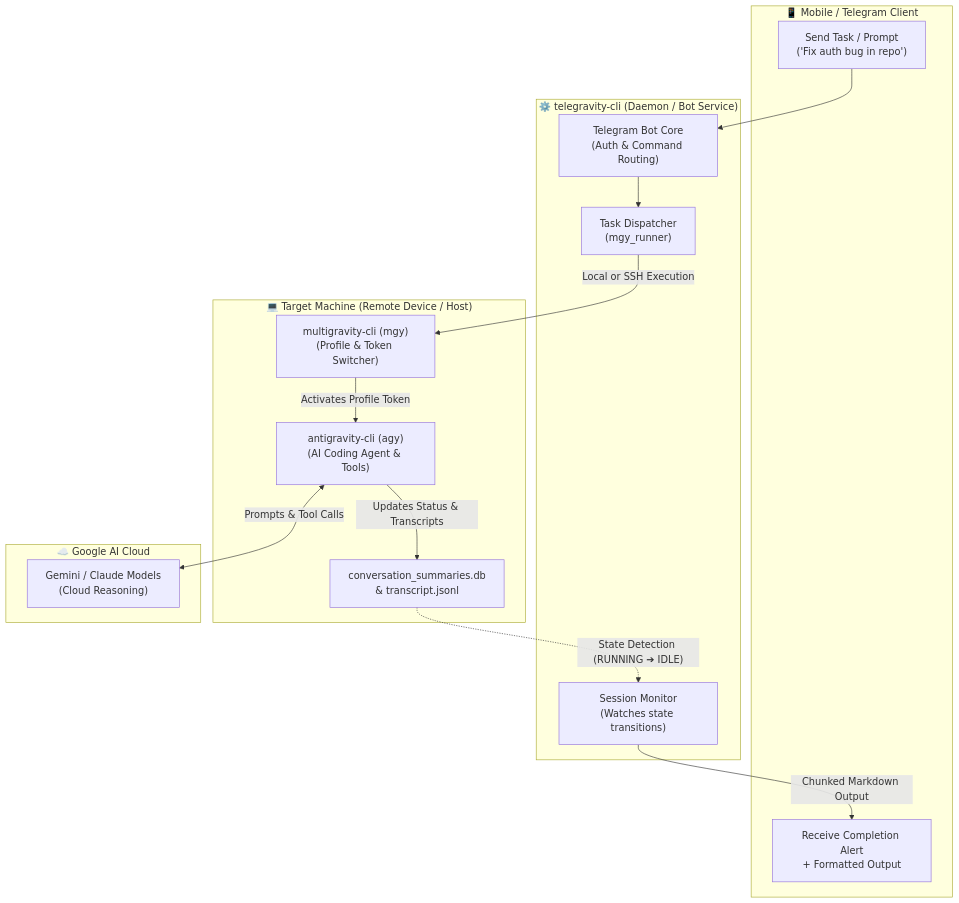
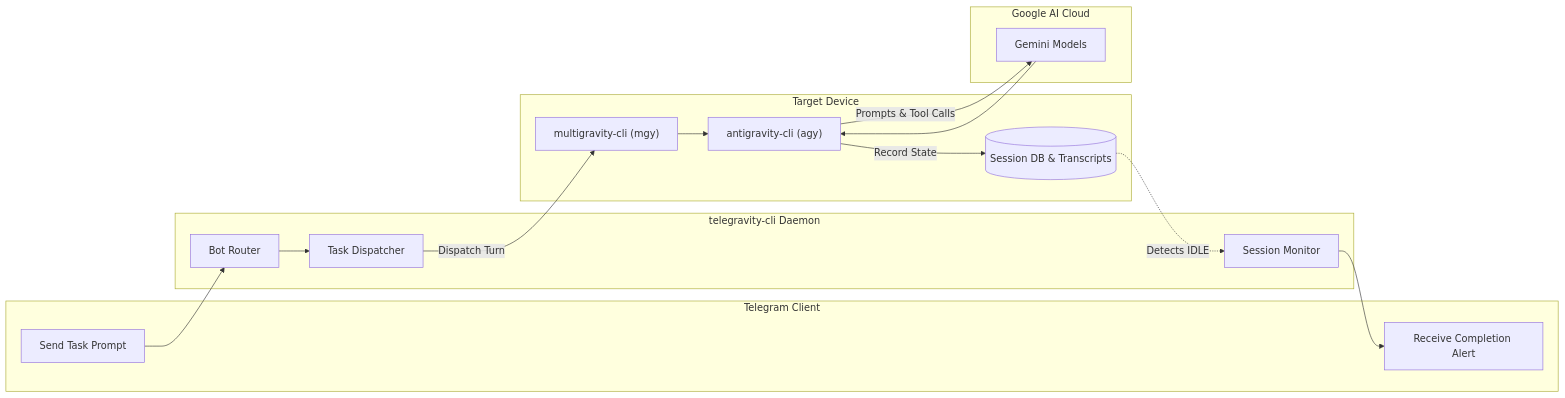
The diagram in README.md (wafardev/telegravity-cli), drawn with Mermaid before and after one commit.

Commit message:
Fix mermaid syntax and switch to clean horizontal flowchart

````diff
--- a/README.md
+++ b/README.md
@@ -25,32 +25,33 @@
 ```mermaid
-flowchart TD
-    subgraph Telegram["📱 Mobile / Telegram Client"]
-        Msg["Send Task / Prompt\n('Fix auth bug in repo')"]
-        Notif["Receive Completion Alert\n+ Formatted Output"]
+flowchart LR
+    subgraph Client [Telegram Client]
+        Msg["Send Task Prompt"]
+        Notif["Receive Completion Alert"]
     end
 
-    subgraph Daemon["⚙️ telegravity-cli (Daemon / Bot Service)"]
-        Bot["Telegram Bot Core\n(Auth & Command Routing)"]
-        Dispatcher["Task Dispatcher\n(mgy_runner)"]
-        Observer["Session Monitor\n(Watches state transitions)"]
+    subgraph Service [telegravity-cli Daemon]
+        Bot["Bot Router"]
+        Dispatcher["Task Dispatcher"]
+        Observer["Session Monitor"]
     end
 
-    subgraph Host["💻 Target Machine (Remote Device / Host)"]
-        MGY["multigravity-cli (mgy)\n(Profile & Token Switcher)"]
-        AGY["antigravity-cli (agy)\n(AI Coding Agent & Tools)"]
-        DB["conversation_summaries.db\n& transcript.jsonl"]
+    subgraph Target [Target Device]
+        MGY["multigravity-cli (mgy)"]
+        AGY["antigravity-cli (agy)"]
+        DB[("Session DB & Transcripts")]
     end
 
-    subgraph Cloud["☁️ Google AI Cloud"]
-        Gemini["Gemini / Claude Models\n(Cloud Reasoning)"]
+    subgraph Cloud [Google AI Cloud]
+        LLM["Gemini Models"]
     end
 
     Msg --> Bot
     Bot --> Dispatcher
-    Dispatcher -->|"Local or SSH Execution"| MGY
-    MGY -->|"Activates Profile Token"| AGY
-    AGY <-->|"Prompts & Tool Calls"| Gemini
-    AGY -->|"Updates Status & Transcripts"| DB
-    DB -.->|"State Detection (RUNNING ➔ IDLE)"| Observer
-    Observer -->|"Chunked Markdown Output"| Notif
+    Dispatcher -->|Dispatch Turn| MGY
+    MGY --> AGY
+    AGY -->|Prompts & Tool Calls| LLM
+    LLM --> AGY
+    AGY -->|Record State| DB
+    DB -.->|Detects IDLE| Observer
+    Observer --> Notif
 ```
````
